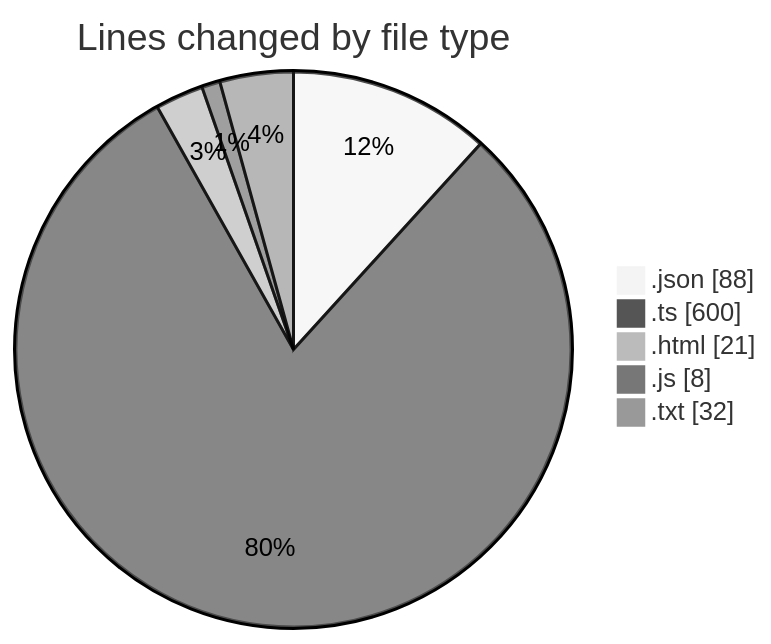
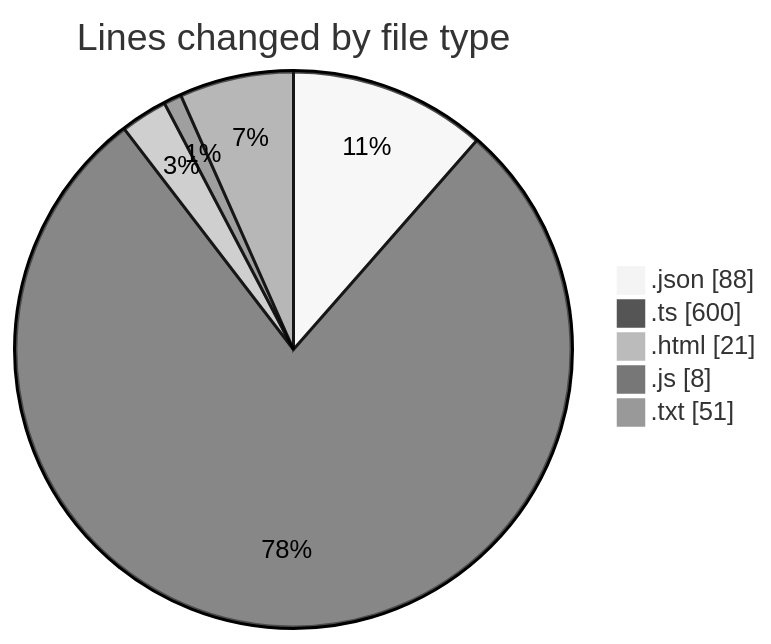
The first of 2 diagrams in 2026-02-02/singularitybrainai/README.md (tmsrecording-cyber/code-tracking), drawn with Mermaid (neutral theme) before and after one commit. The commit also changed other lines of this file and 1 other file, not shown here.

````diff
--- a/2026-02-02/singularitybrainai/README.md
+++ b/2026-02-02/singularitybrainai/README.md
@@ -27,9 +28,9 @@
 ```mermaid
 pie showData
 title Lines changed by file type
 ".json" : 88
 ".ts" : 600
 ".html" : 21
 ".js" : 8
-".txt" : 32
+".txt" : 51
 ```
````
